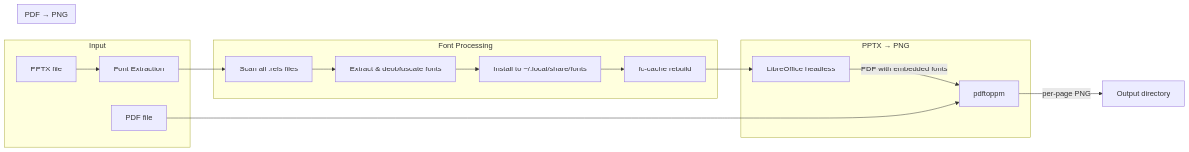
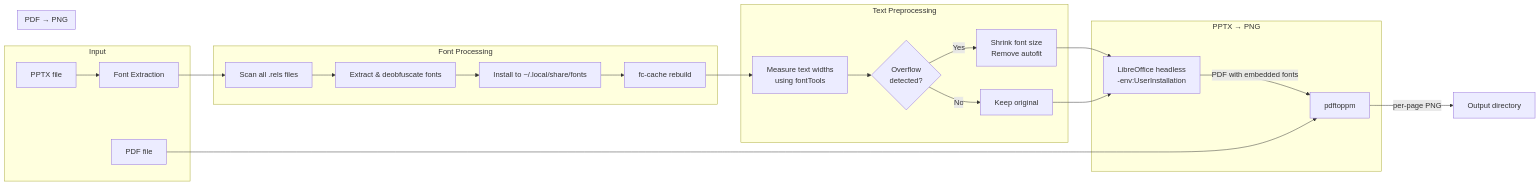
One commit to tjrtm/pptx-pdf-2-png-daemon changed the first of 2 diagrams in docs/architecture.md. Above: the diagram before and after it, drawn with Mermaid. The commit also changed other lines of this file and 7 other files, not shown here.

First line of the commit message:
v2.1: Fix text overflow with preprocessor + font isolation + web UI

````diff
--- a/docs/architecture.md
+++ b/docs/architecture.md
@@ -9,25 +5,33 @@
 ```mermaid
 flowchart LR
     subgraph Input
         A[PPTX file] --> B[Font Extraction]
         C[PDF file]
     end
 
     subgraph "Font Processing"
         B --> D[Scan all .rels files]
         D --> E[Extract & deobfuscate fonts]
         E --> F[Install to ~/.local/share/fonts]
         F --> G[fc-cache rebuild]
     end
 
+    subgraph "Text Preprocessing"
+        G --> H[Measure text widths<br/>using fontTools]
+        H --> I{Overflow<br/>detected?}
+        I -->|Yes| J[Shrink font size<br/>Remove autofit]
+        I -->|No| K[Keep original]
+    end
+
     subgraph "PPTX → PNG"
-        G --> H[LibreOffice headless]
-        H -->|"PDF with embedded fonts"| I[pdftoppm]
+        J --> L[LibreOffice headless<br/>-env:UserInstallation]
+        K --> L
+        L -->|"PDF with embedded fonts"| M[pdftoppm]
     end
 
     subgraph "PDF → PNG"
-        C --> I
+        C --> M
     end
 
-    I -->|"per-page PNG"| J[Output directory]
+    M -->|"per-page PNG"| N[Output directory]
 ```
````
